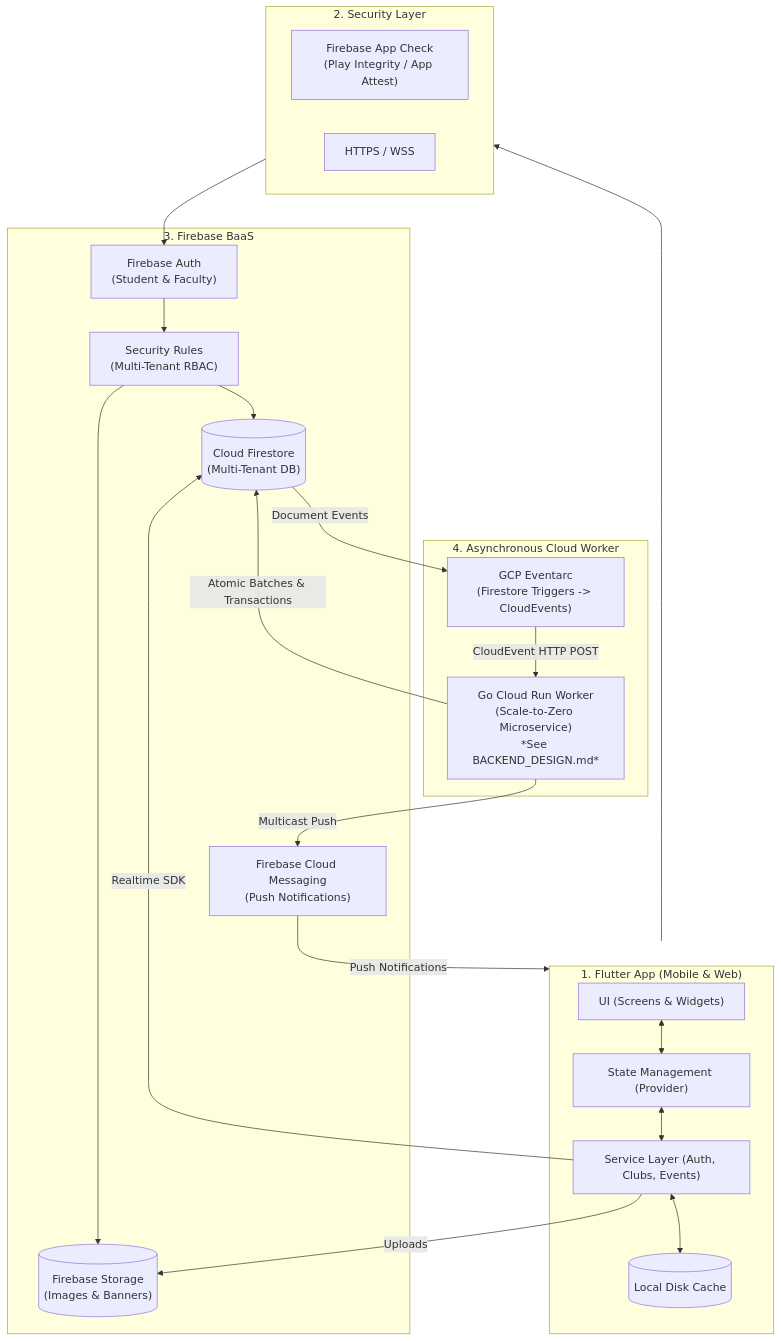
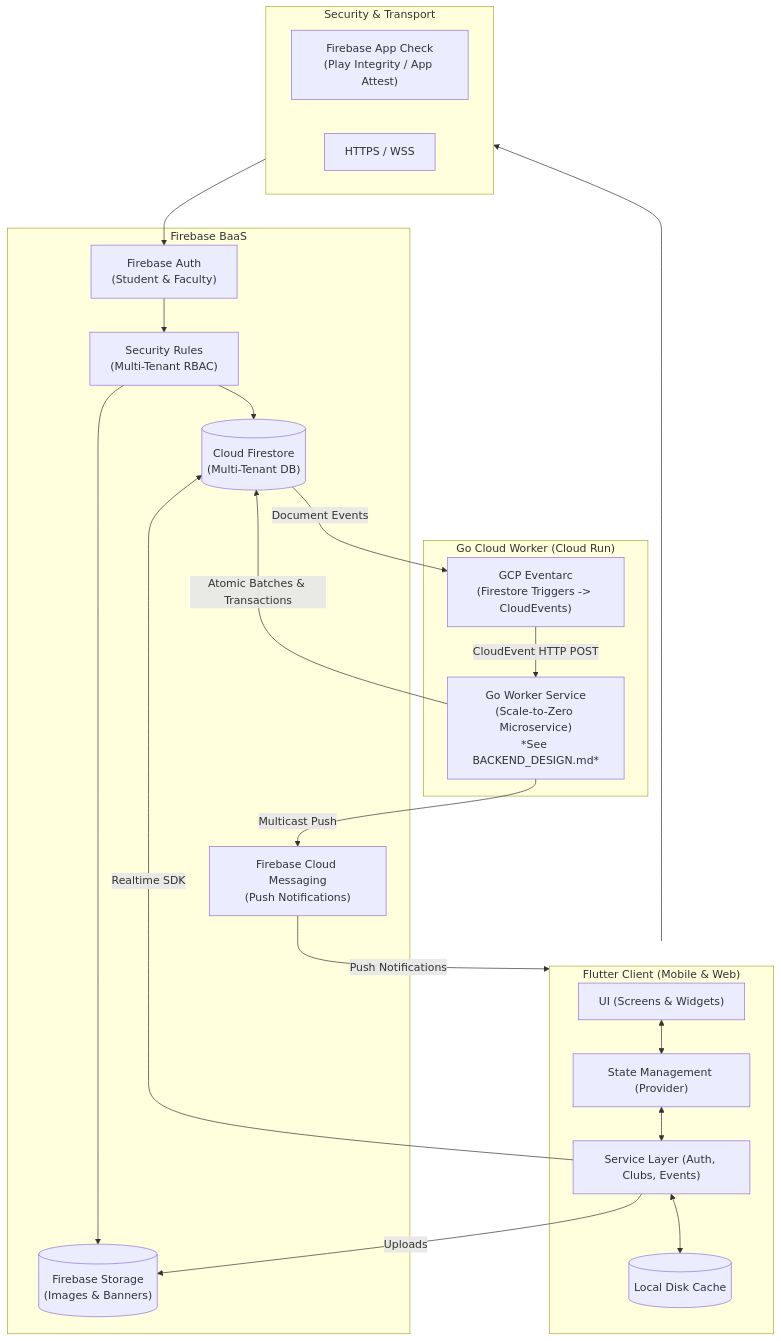
Before and after one commit to vkshdev/klubconnect: the diagram in ARCHITECTURE.md, drawn with Mermaid.

Commit message:
refactor architecture diagram

````diff
--- a/ARCHITECTURE.md
+++ b/ARCHITECTURE.md
@@ -18,46 +18,46 @@
 ```mermaid
 flowchart TB
-    subgraph ClientTier["1. Flutter App (Mobile & Web)"]
+    subgraph ClientTier["Flutter Client (Mobile & Web)"]
         UI["UI (Screens & Widgets)"]
         STATE["State Management (Provider)"]
         SVC["Service Layer (Auth, Clubs, Events)"]
         CACHE[("Local Disk Cache")]
 
         UI <--> STATE
         STATE <--> SVC
         SVC <--> CACHE
     end
 
-    subgraph SecurityGateway["2. Security Layer"]
+    subgraph SecurityGateway["Security & Transport"]
         APPCHECK["Firebase App Check\n(Play Integrity / App Attest)"]
         TLS["HTTPS / WSS"]
     end
 
     ClientTier --> SecurityGateway
 
-    subgraph BaaSTier["3. Firebase BaaS"]
+    subgraph BaaSTier["Firebase BaaS"]
         AUTH["Firebase Auth\n(Student & Faculty)"]
         RULES["Security Rules\n(Multi-Tenant RBAC)"]
         FIRESTORE[("Cloud Firestore\n(Multi-Tenant DB)")]
         STORAGE[("Firebase Storage\n(Images & Banners)")]
         FCM["Firebase Cloud Messaging\n(Push Notifications)"]
     end
 
     SecurityGateway --> AUTH
     AUTH --> RULES
     RULES --> FIRESTORE
     RULES --> STORAGE
     SVC -->|Realtime SDK| FIRESTORE
     SVC -->|Uploads| STORAGE
 
-    subgraph AsyncPipeline["4. Asynchronous Cloud Worker"]
+    subgraph AsyncPipeline["Go Cloud Worker (Cloud Run)"]
         EVENTARC["GCP Eventarc\n(Firestore Triggers -> CloudEvents)"]
-        CLOUDRUN["Go Cloud Run Worker\n(Scale-to-Zero Microservice)\n*See BACKEND_DESIGN.md*"]
+        CLOUDRUN["Go Worker Service\n(Scale-to-Zero Microservice)\n*See BACKEND_DESIGN.md*"]
     end
 
     FIRESTORE -->|Document Events| EVENTARC
     EVENTARC -->|CloudEvent HTTP POST| CLOUDRUN
     CLOUDRUN -->|Atomic Batches & Transactions| FIRESTORE
     CLOUDRUN -->|Multicast Push| FCM
     FCM -->|Push Notifications| ClientTier
 ```
````
